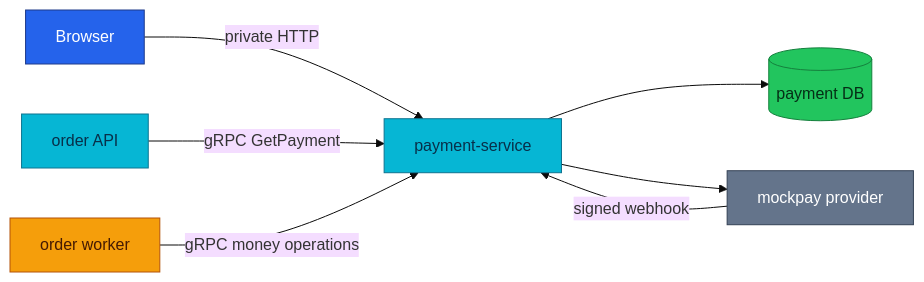
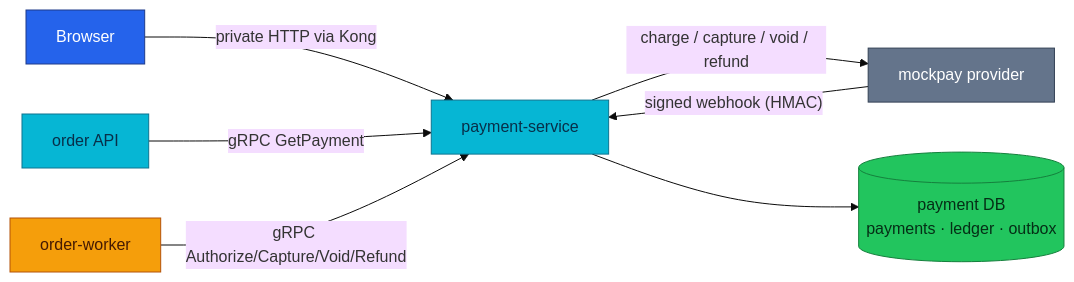
One commit to duynhlab/homelab changed the first of 3 diagrams in docs/api/payments.md. Above: the diagram before and after it, drawn with Mermaid (base theme). The commit also changed other lines of this file and 20 other files, not shown here.

````diff
--- a/docs/api/payments.md
+++ b/docs/api/payments.md
@@ -26,20 +54,20 @@
 ```mermaid
 flowchart LR
-    Browser -->|"private HTTP"| Payment["payment-service"]
-    Provider["mockpay provider"] -->|"signed webhook"| Payment
+    Browser -->|"private HTTP via Kong"| Payment["payment-service"]
+    Provider["mockpay provider"] -->|"signed webhook (HMAC)"| Payment
     OrderAPI["order API"] -->|"gRPC GetPayment"| Payment
-    Worker["order worker"] -->|"gRPC money operations"| Payment
-    Payment --> DB[(payment DB)]
-    Payment --> Provider
+    Worker["order-worker"] -->|"gRPC Authorize/Capture/Void/Refund"| Payment
+    Payment -->|"charge / capture / void / refund"| Provider
+    Payment --> DB[("payment DB<br/>payments · ledger · outbox")]
 
     classDef edge fill:#2563eb,color:#fff,stroke:#1e3a8a;
     classDef service fill:#06b6d4,color:#082f49,stroke:#0e7490;
     classDef worker fill:#f59e0b,color:#451a03,stroke:#b45309;
     classDef data fill:#22c55e,color:#052e16,stroke:#15803d;
     classDef external fill:#64748b,color:#fff,stroke:#334155;
     class Browser edge;
     class Payment,OrderAPI service;
     class Worker worker;
     class DB data;
     class Provider external;
 ```
````
